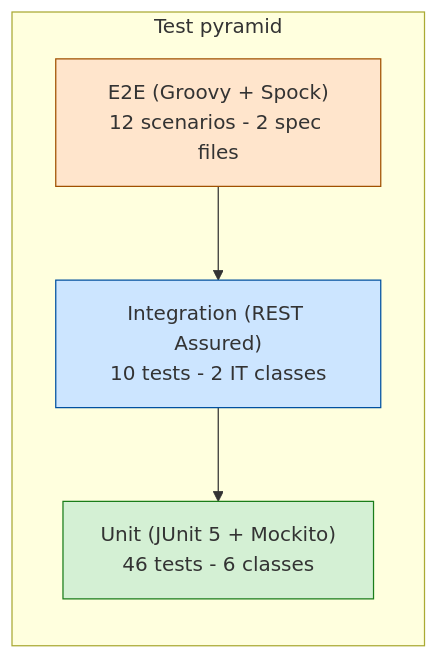
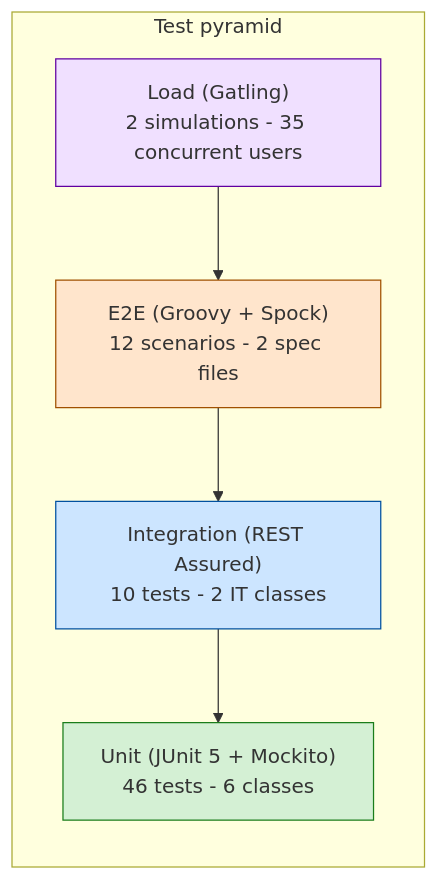
One commit to tsiupa/gen-ai-software-engineering changed the diagram in homework-2/TESTING_GUIDE.md. Above: the diagram before and after it, drawn with Mermaid. The commit also changed other lines of this file and 4 other files, not shown here.

First line of the commit message:
feat: add Gatling load-test module and document it in README and TESTING_GUIDE

````diff
--- a/homework-2/TESTING_GUIDE.md
+++ b/homework-2/TESTING_GUIDE.md
@@ -10,18 +10,22 @@
 ```mermaid
 flowchart TB
     subgraph Pyr["Test pyramid"]
         direction TB
+        Load["Load (Gatling)<br/>2 simulations - 35 concurrent users"]
         E2E["E2E (Groovy + Spock)<br/>12 scenarios - 2 spec files"]
         IT["Integration (REST Assured)<br/>10 tests - 2 IT classes"]
         Unit["Unit (JUnit 5 + Mockito)<br/>46 tests - 6 classes"]
     end
+    Load --> E2E
     E2E --> IT
     IT --> Unit
 
+    classDef loadStyle fill:#f0e0ff,stroke:#6000a0
     classDef e2eStyle fill:#ffe5cc,stroke:#a05000
     classDef itStyle fill:#cce5ff,stroke:#0050a0
     classDef unitStyle fill:#d4f0d4,stroke:#1a7d1a
+    class Load loadStyle
     class E2E e2eStyle
     class IT itStyle
     class Unit unitStyle
 ```
````
